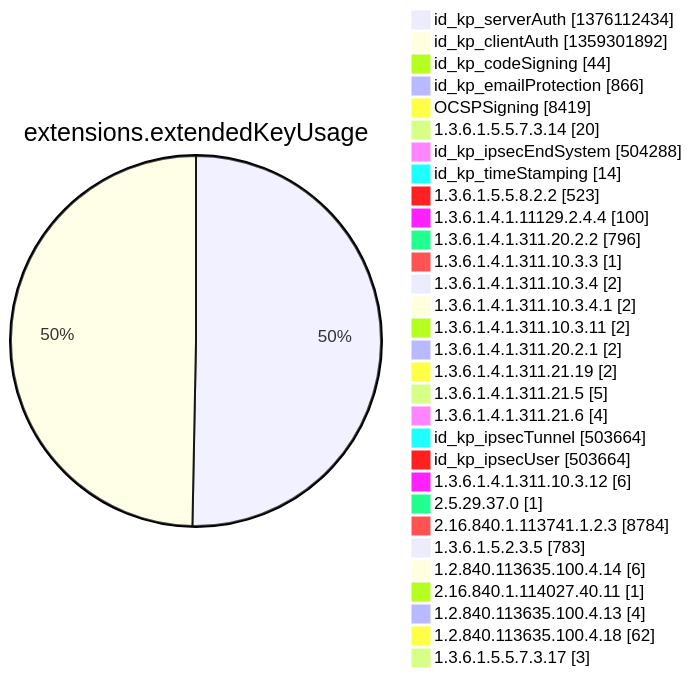
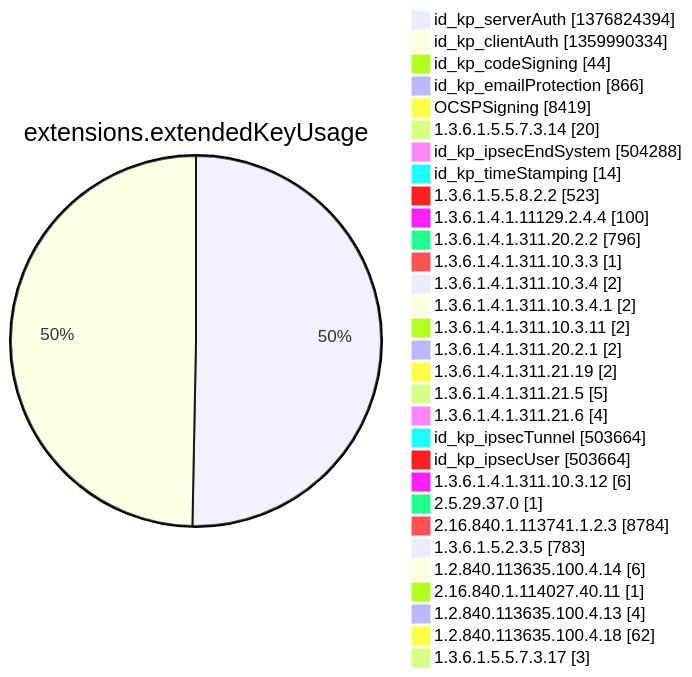
One commit to christiankrug/ctmonitor_visualization changed diagram 12 of 15 in argon2022/README.md. Above: the diagram before and after it, drawn with Mermaid. The commit also changed other lines of this file, not shown here.

````diff
--- a/argon2022/README.md
+++ b/argon2022/README.md
@@ -3553,34 +3553,34 @@
 ```mermaid
 pie showData
 title extensions.extendedKeyUsage
-"id_kp_serverAuth" :1376112434
-"id_kp_clientAuth" :1359301892
+"id_kp_serverAuth" :1376824394
+"id_kp_clientAuth" :1359990334
 "id_kp_codeSigning" :44
 "id_kp_emailProtection" :866
 "OCSPSigning" :8419
 "1.3.6.1.5.5.7.3.14" :20
 "id_kp_ipsecEndSystem" :504288
 "id_kp_timeStamping" :14
 "1.3.6.1.5.5.8.2.2" :523
 "1.3.6.1.4.1.11129.2.4.4" :100
 "1.3.6.1.4.1.311.20.2.2" :796
 "1.3.6.1.4.1.311.10.3.3" :1
 "1.3.6.1.4.1.311.10.3.4" :2
 "1.3.6.1.4.1.311.10.3.4.1" :2
 "1.3.6.1.4.1.311.10.3.11" :2
 "1.3.6.1.4.1.311.20.2.1" :2
 "1.3.6.1.4.1.311.21.19" :2
 "1.3.6.1.4.1.311.21.5" :5
 "1.3.6.1.4.1.311.21.6" :4
 "id_kp_ipsecTunnel" :503664
 "id_kp_ipsecUser" :503664
 "1.3.6.1.4.1.311.10.3.12" :6
 "2.5.29.37.0" :1
 "2.16.840.1.113741.1.2.3" :8784
 "1.3.6.1.5.2.3.5" :783
 "1.2.840.113635.100.4.14" :6
 "2.16.840.1.114027.40.11" :1
 "1.2.840.113635.100.4.13" :4
 "1.2.840.113635.100.4.18" :62
 "1.3.6.1.5.5.7.3.17" :3
 ```
````
